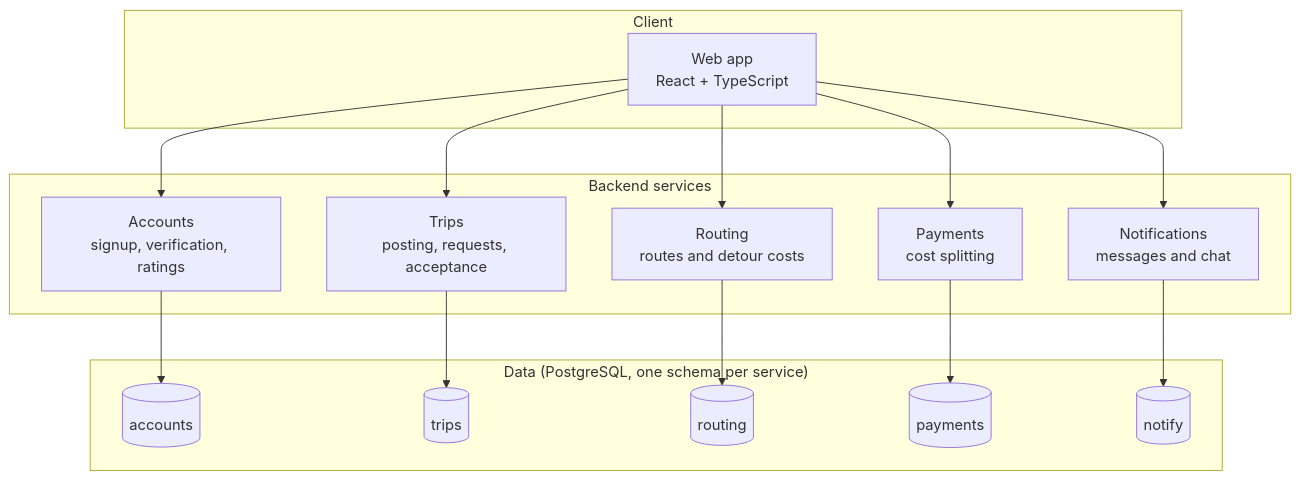
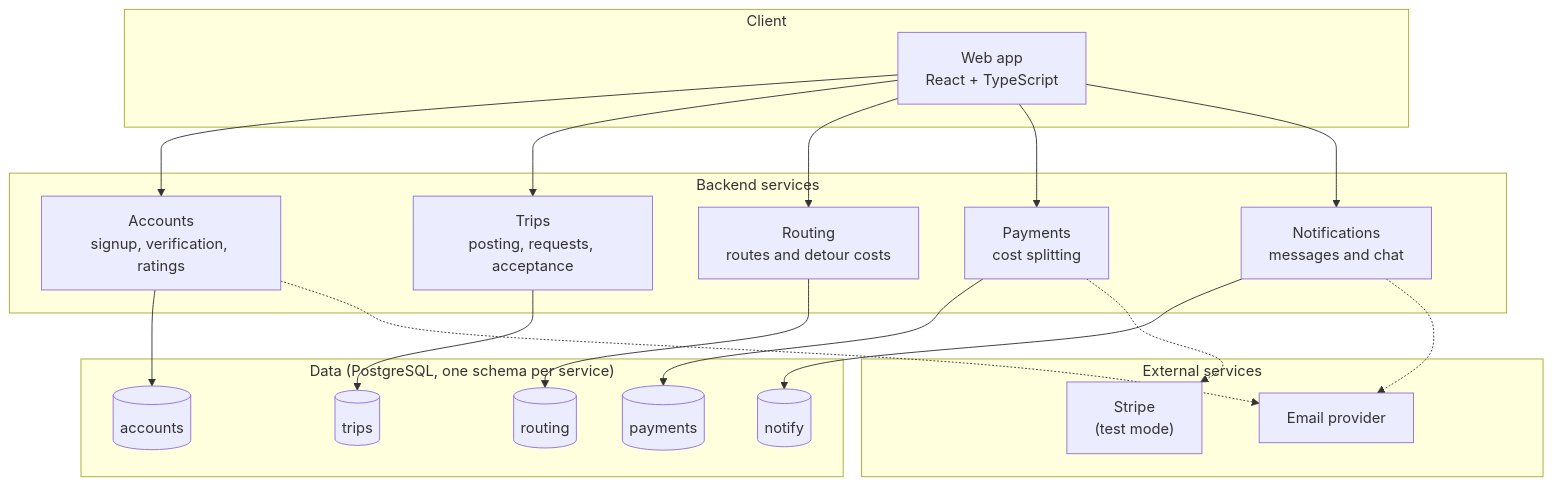
One commit to Andrew-Ih/COMP-4350-Group5-GetDrove changed the diagram in sprint0.md. Above: the diagram before and after it, drawn with Mermaid. The commit also changed other lines of this file and 13 other files, not shown here.

````diff
--- a/sprint0.md
+++ b/sprint0.md
@@ -42,34 +63,43 @@
 ```mermaid
 flowchart TB
     subgraph client["Client"]
         web["Web app<br/>React + TypeScript"]
     end
 
     subgraph backend["Backend services"]
         accounts["Accounts<br/>signup, verification, ratings"]
         trips["Trips<br/>posting, requests, acceptance"]
         routing["Routing<br/>routes and detour costs"]
         payments["Payments<br/>cost splitting"]
         notify["Notifications<br/>messages and chat"]
     end
 
     subgraph data["Data (PostgreSQL, one schema per service)"]
         accountsDb[("accounts")]
         tripsDb[("trips")]
         routingDb[("routing")]
         payDb[("payments")]
         notifyDb[("notify")]
     end
 
+    subgraph external["External services"]
+        stripe["Stripe<br/>(test mode)"]
+        email["Email provider"]
+    end
+
     web --> accounts
     web --> trips
     web --> routing
     web --> payments
     web --> notify
 
     accounts --> accountsDb
     trips --> tripsDb
     routing --> routingDb
     payments --> payDb
     notify --> notifyDb
+
+    payments -.-> stripe
+    accounts -.-> email
+    notify -.-> email
 ```
````
